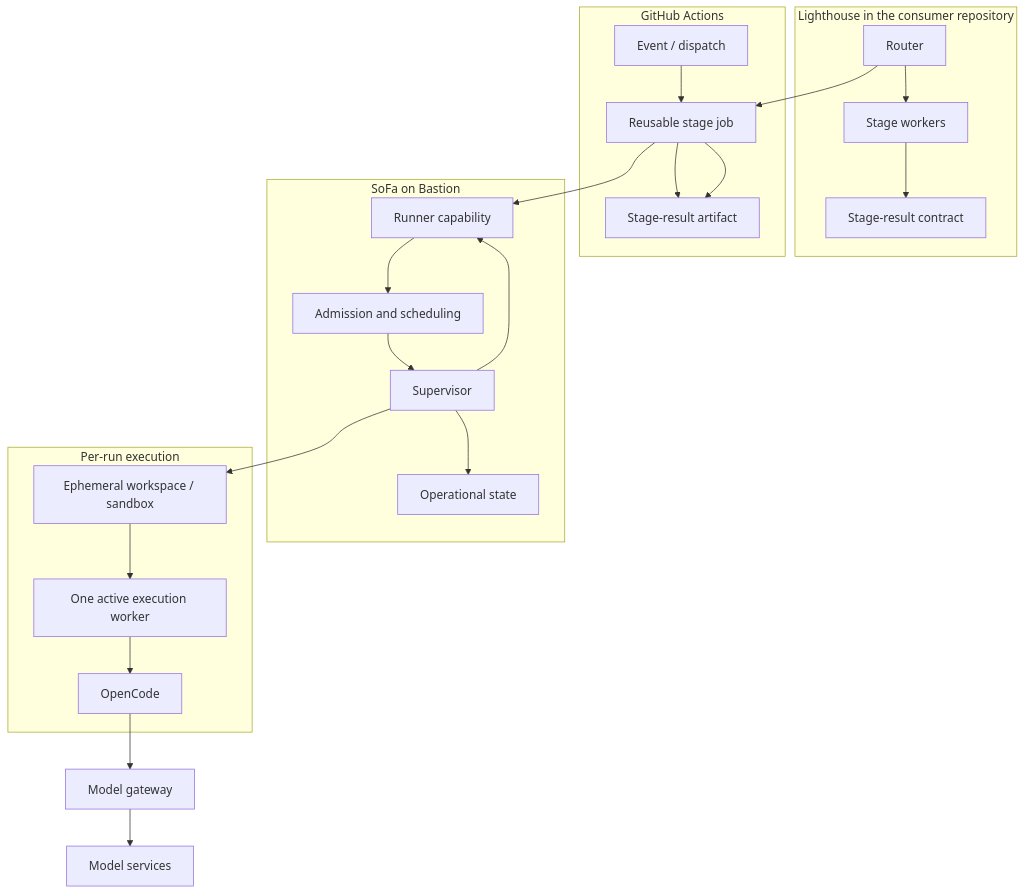
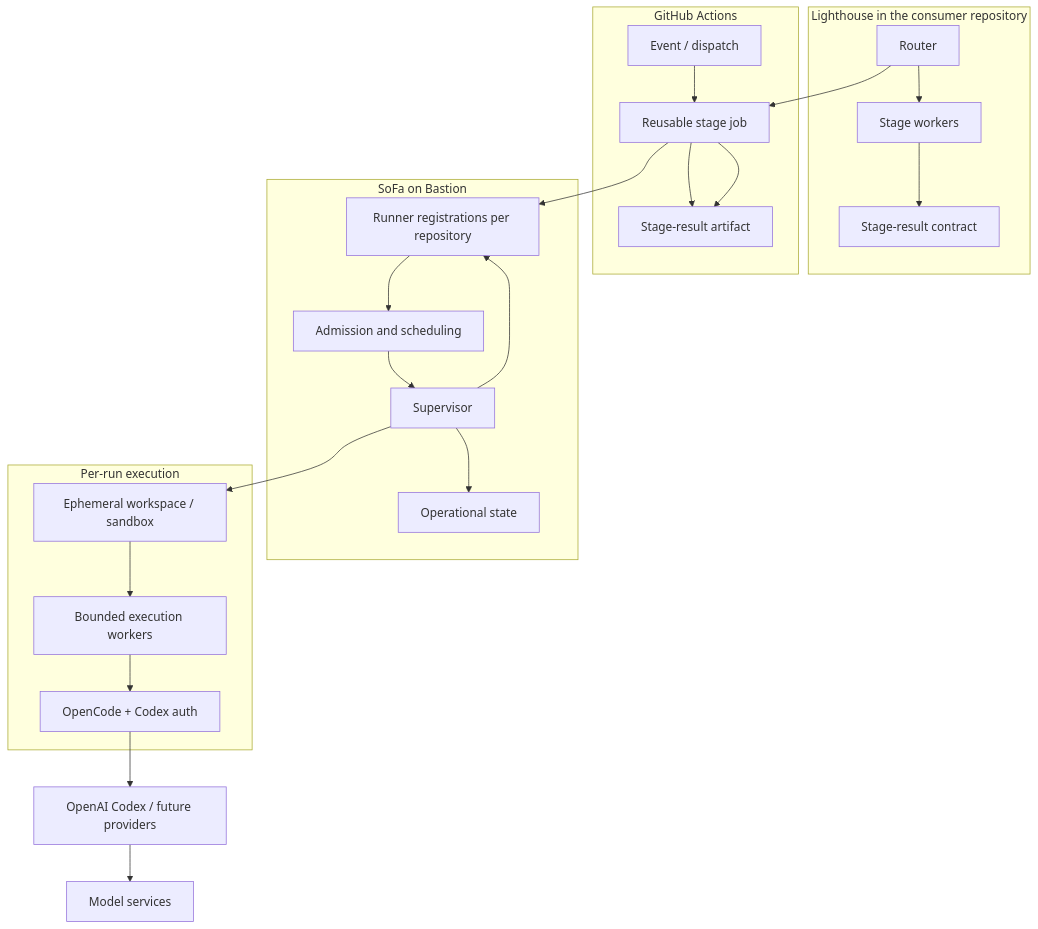
One commit to juangcarmona/sofa changed the diagram in docs/architecture/05-building-block-view/README.md. Above: the diagram before and after it, drawn with Mermaid. The commit also changed other lines of this file and 20 other files, not shown here.

Commit message:
docs(14): reconcile accepted factory architecture and pilot (#15)

````diff
--- a/docs/architecture/05-building-block-view/README.md
+++ b/docs/architecture/05-building-block-view/README.md
@@ -29,44 +33,45 @@
 ```mermaid
 flowchart TB
+    accTitle: SoFa and Lighthouse building blocks
     subgraph Lighthouse["Lighthouse in the consumer repository"]
         Router[Router]
         Stage[Stage workers]
         Contract[Stage-result contract]
         Router --> Stage
         Stage --> Contract
     end
 
     subgraph Actions["GitHub Actions"]
         Event[Event / dispatch]
         Job[Reusable stage job]
         Artifact[Stage-result artifact]
         Event --> Job
         Job --> Artifact
     end
 
     subgraph Sofa["SoFa on Bastion"]
         Admission[Admission and scheduling]
         Supervisor[Supervisor]
-        Runner[Runner capability]
+        Runner[Runner registrations per repository]
         State[Operational state]
         Admission --> Supervisor
         Supervisor --> Runner
         Supervisor --> State
     end
 
     subgraph Execution["Per-run execution"]
         Workspace[Ephemeral workspace / sandbox]
-        Worker[One active execution worker]
-        OpenCode[OpenCode]
+        Worker[Bounded execution workers]
+        OpenCode[OpenCode + Codex auth]
         Workspace --> Worker
         Worker --> OpenCode
     end
 
     Router --> Job
     Job --> Runner
     Runner --> Admission
     Supervisor --> Workspace
-    OpenCode --> Gateway[Model gateway]
-    Gateway --> Models[Model services]
+    OpenCode --> Providers[OpenAI Codex / future providers]
+    Providers --> Models[Model services]
     Job --> Artifact
 ```
````
